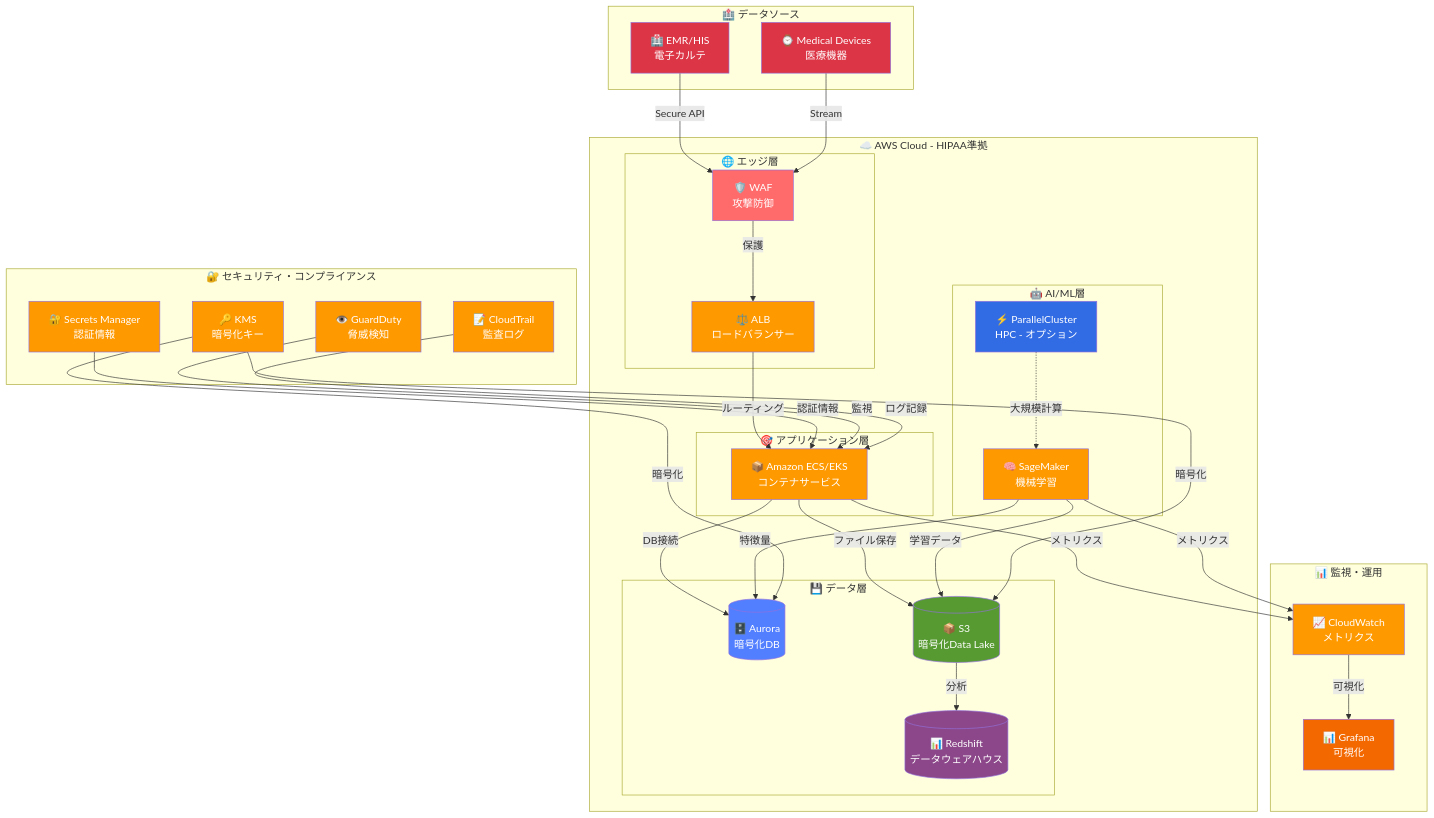
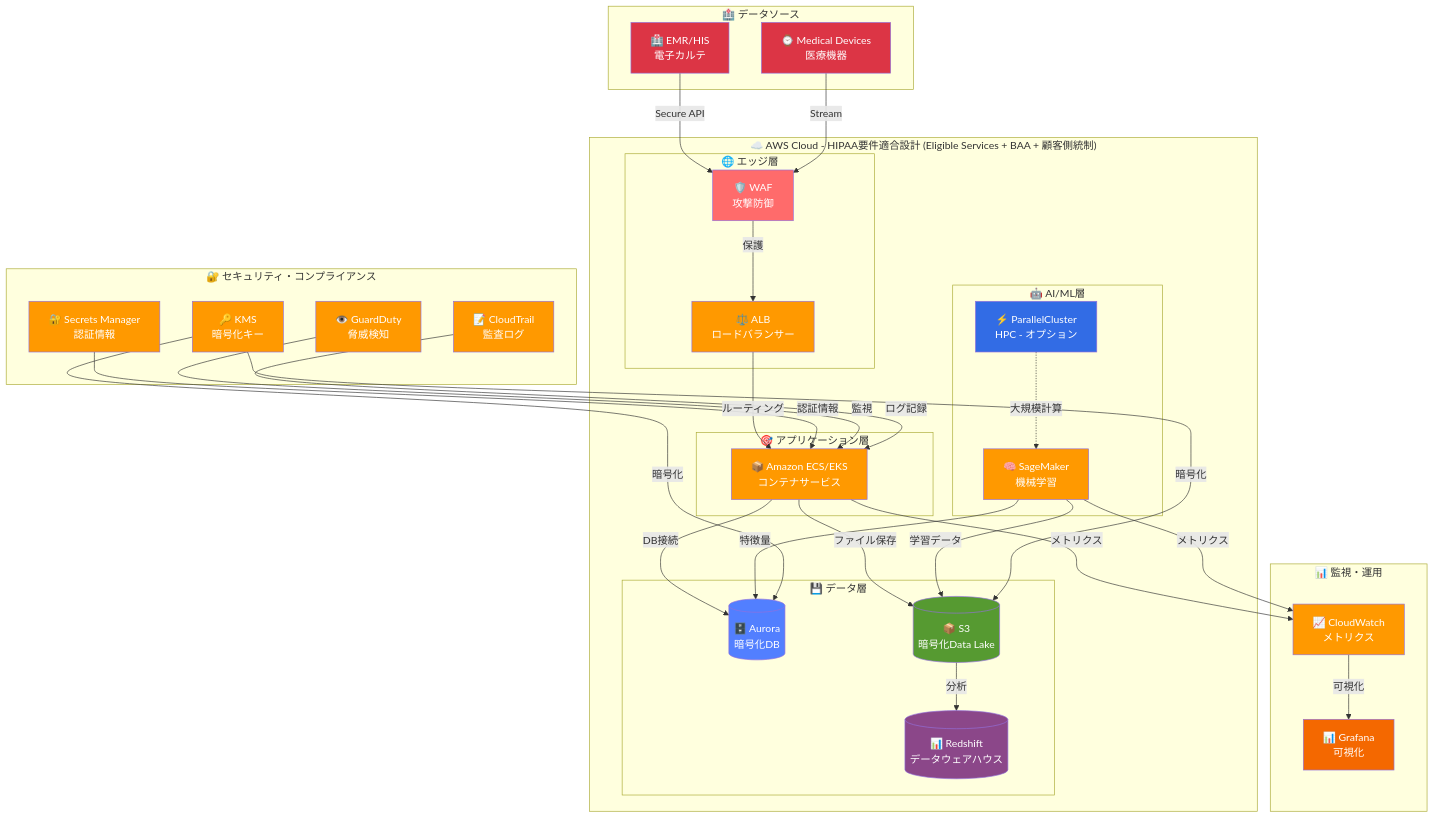
The first of 6 diagrams in ANK0000639199/参画用/インフラ構成図.md (mattyopon/Business), drawn with Mermaid before and after one commit. The commit also changed other lines of this file and 120 other files, not shown here.

````diff
--- a/ANK0000639199/参画用/インフラ構成図.md
+++ b/ANK0000639199/参画用/インフラ構成図.md
@@ -17,81 +17,81 @@
 ```mermaid
 graph TB
     subgraph "🏥 データソース"
         EMR[🏥 EMR/HIS<br/>電子カルテ]
         DEVICE[⌚ Medical Devices<br/>医療機器]
     end
 
-    subgraph "☁️ AWS Cloud - HIPAA準拠"
+    subgraph "☁️ AWS Cloud - HIPAA要件適合設計 (Eligible Services + BAA + 顧客側統制)"
         subgraph "🌐 エッジ層"
             WAF[🛡️ WAF<br/>攻撃防御]
             ALB[⚖️ ALB<br/>ロードバランサー]
         end
 
         subgraph "🎯 アプリケーション層"
             ECS[📦 Amazon ECS/EKS<br/>コンテナサービス]
         end
 
         subgraph "🤖 AI/ML層"
             SAGE[🧠 SageMaker<br/>機械学習]
             HPC[⚡ ParallelCluster<br/>HPC - オプション]
         end
 
         subgraph "💾 データ層"
             RDS[(🗄️ Aurora<br/>暗号化DB)]
             S3[(📦 S3<br/>暗号化Data Lake)]
             REDSHIFT[(📊 Redshift<br/>データウェアハウス)]
         end
     end
 
     subgraph "🔐 セキュリティ・コンプライアンス"
         KMS[🔑 KMS<br/>暗号化キー]
         SECRETS[🔐 Secrets Manager<br/>認証情報]
         GUARD[👁️ GuardDuty<br/>脅威検知]
         TRAIL[📝 CloudTrail<br/>監査ログ]
     end
 
     subgraph "📊 監視・運用"
         CW[📈 CloudWatch<br/>メトリクス]
         GRAF[📊 Grafana<br/>可視化]
     end
 
     EMR -->|Secure API| WAF
     DEVICE -->|Stream| WAF
     WAF -->|保護| ALB
     ALB -->|ルーティング| ECS
 
     ECS -->|DB接続| RDS
     ECS -->|ファイル保存| S3
     SAGE -->|学習データ| S3
     SAGE -->|特徴量| RDS
     HPC -.->|大規模計算| SAGE
 
     S3 -->|分析| REDSHIFT
 
     KMS -->|暗号化| RDS
     KMS -->|暗号化| S3
     SECRETS -->|認証情報| ECS
     GUARD -->|監視| ECS
     TRAIL -->|ログ記録| ECS
 
     ECS -->|メトリクス| CW
     SAGE -->|メトリクス| CW
     CW -->|可視化| GRAF
 
     style EMR fill:#DC3545,color:#fff
     style DEVICE fill:#DC3545,color:#fff
     style WAF fill:#FF6B6B,color:#fff
     style ALB fill:#ff9900,color:#fff
     style ECS fill:#FF9900,color:#fff
     style SAGE fill:#FF9900,color:#fff
     style HPC fill:#326CE5,color:#fff
     style RDS fill:#527FFF,color:#fff
     style S3 fill:#569A31,color:#fff
     style REDSHIFT fill:#8B4789,color:#fff
     style KMS fill:#ff9900,color:#fff
     style SECRETS fill:#ff9900,color:#fff
     style GUARD fill:#ff9900,color:#fff
     style TRAIL fill:#ff9900,color:#fff
     style CW fill:#ff9900,color:#fff
     style GRAF fill:#F46800,color:#fff
 ```
````
